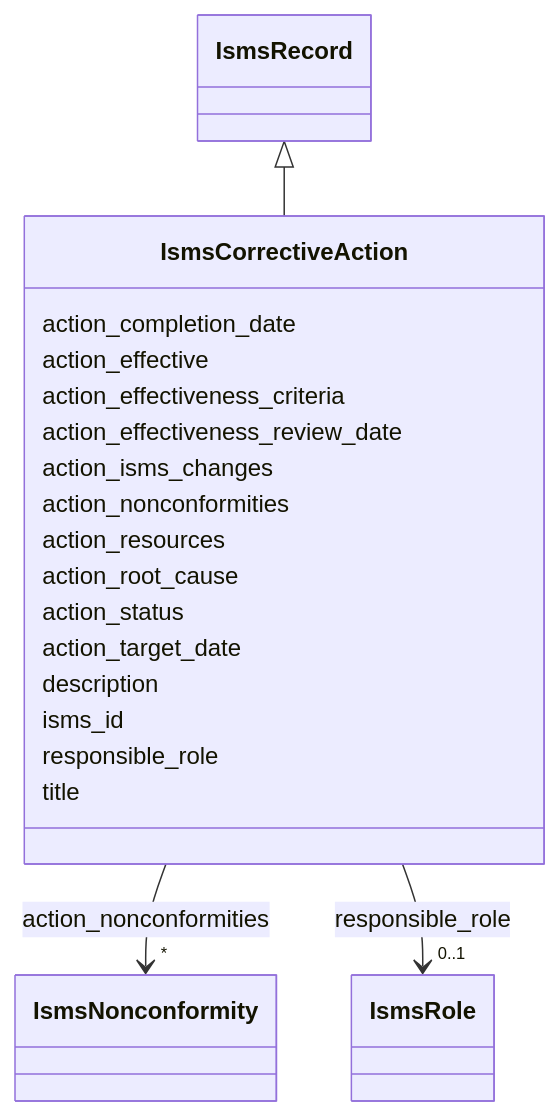
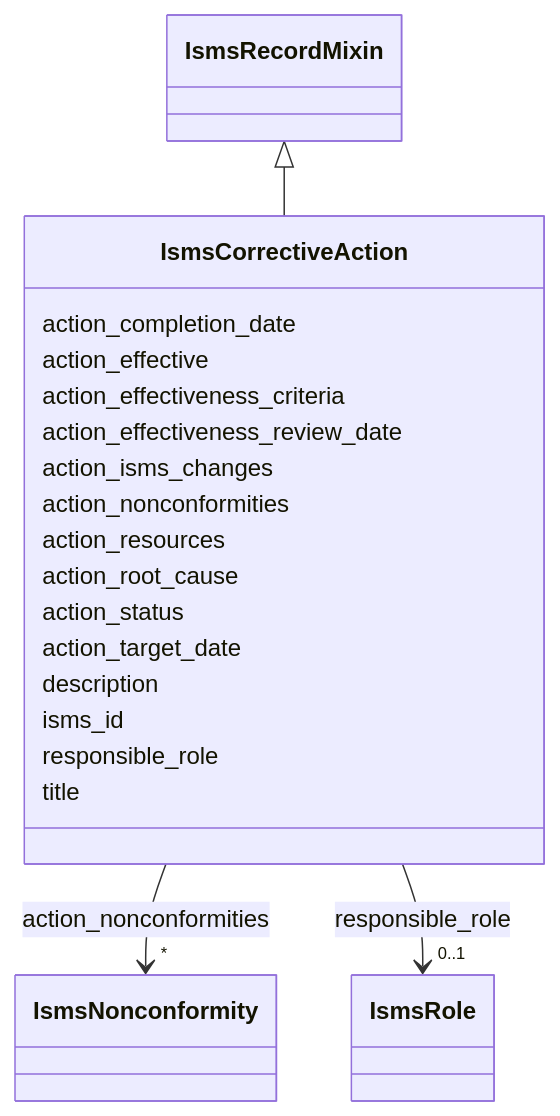
Before and after one commit to lmodel/iso27001: the diagram in project/mermaid/IsmsCorrectiveAction.md, drawn with Mermaid. The commit also changed 171 other files, not shown here.

Commit message:
refactor(schema): make the record base a mixin so adapt can root records

````diff
--- a/project/mermaid/IsmsCorrectiveAction.md
+++ b/project/mermaid/IsmsCorrectiveAction.md
@@ -4,55 +4,55 @@
 ```mermaid
  classDiagram
     class IsmsCorrectiveAction
     click IsmsCorrectiveAction href "../IsmsCorrectiveAction"
-      IsmsRecord <|-- IsmsCorrectiveAction
-        click IsmsRecord href "../IsmsRecord"
+      IsmsRecordMixin <|-- IsmsCorrectiveAction
+        click IsmsRecordMixin href "../IsmsRecordMixin"
       
       IsmsCorrectiveAction : action_completion_date
         
       IsmsCorrectiveAction : action_effective
         
       IsmsCorrectiveAction : action_effectiveness_criteria
         
       IsmsCorrectiveAction : action_effectiveness_review_date
         
       IsmsCorrectiveAction : action_isms_changes
         
       IsmsCorrectiveAction : action_nonconformities
         
           
     
         
         
         IsmsCorrectiveAction --> "*" IsmsNonconformity : action_nonconformities
         click IsmsNonconformity href "../IsmsNonconformity"
     
 
         
       IsmsCorrectiveAction : action_resources
         
       IsmsCorrectiveAction : action_root_cause
         
       IsmsCorrectiveAction : action_status
         
       IsmsCorrectiveAction : action_target_date
         
       IsmsCorrectiveAction : description
         
       IsmsCorrectiveAction : isms_id
         
       IsmsCorrectiveAction : responsible_role
         
           
     
         
         
         IsmsCorrectiveAction --> "0..1" IsmsRole : responsible_role
         click IsmsRole href "../IsmsRole"
     
 
         
       IsmsCorrectiveAction : title
         
       
 ```
````
